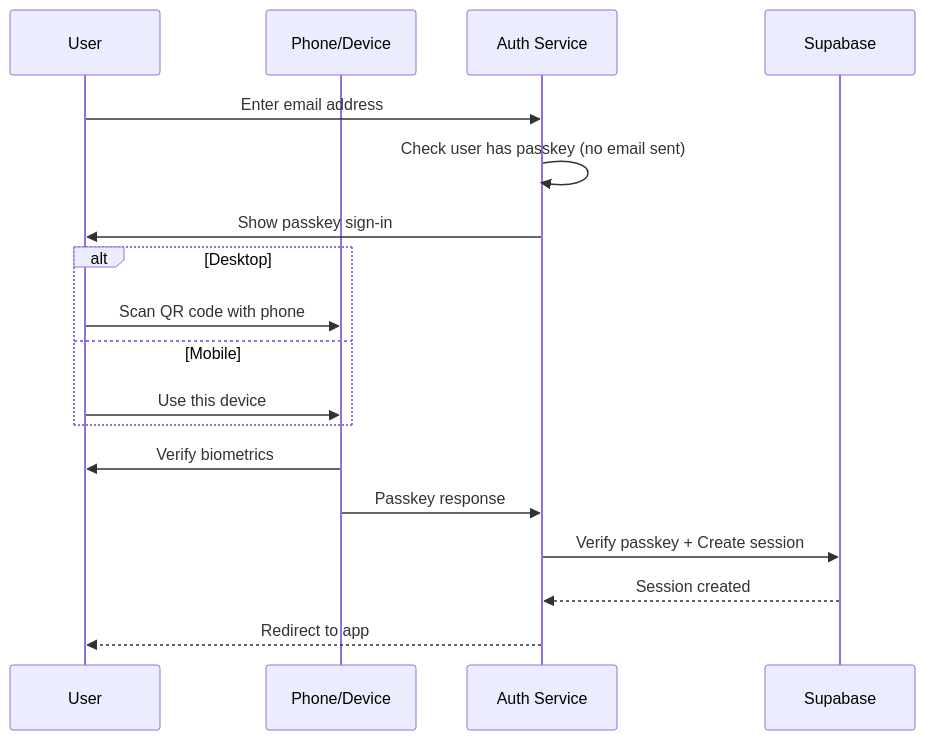
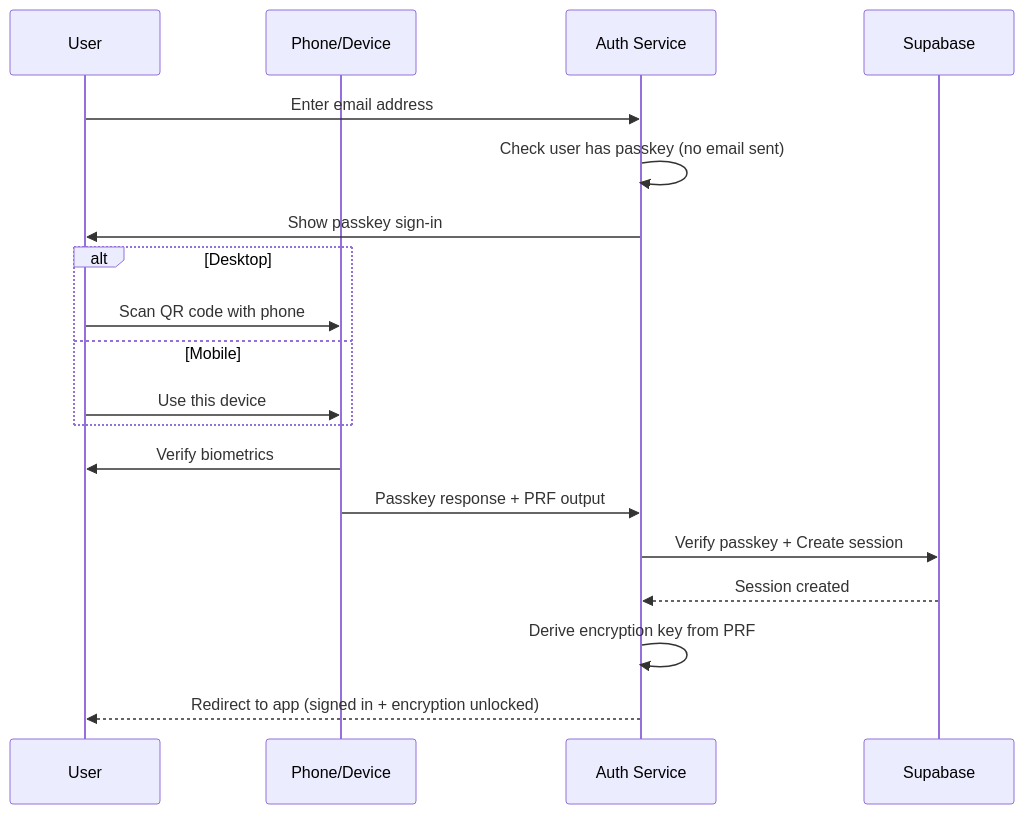
One commit to CasparRubin/helvety changed the second of 2 diagrams in apps/auth/README.md. Above: the diagram before and after it, drawn with Mermaid. The commit also changed other lines of this file and 20 other files, not shown here.

First line of the commit message:
feat: streamline auth flow, smaller comment headers, overdue badge (v2.4.0)

````diff
--- a/apps/auth/README.md
+++ b/apps/auth/README.md
@@ -102,21 +99,22 @@
 ```mermaid
 sequenceDiagram
     participant U as User
     participant P as Phone/Device
     participant A as Auth Service
     participant S as Supabase
 
     U->>A: Enter email address
     A->>A: Check user has passkey (no email sent)
     A->>U: Show passkey sign-in
     alt Desktop
       U->>P: Scan QR code with phone
     else Mobile
       U->>P: Use this device
     end
     P->>U: Verify biometrics
-    P->>A: Passkey response
+    P->>A: Passkey response + PRF output
     A->>S: Verify passkey + Create session
     S-->>A: Session created
-    A-->>U: Redirect to app
+    A->>A: Derive encryption key from PRF
+    A-->>U: Redirect to app (signed in + encryption unlocked)
 ```
````
